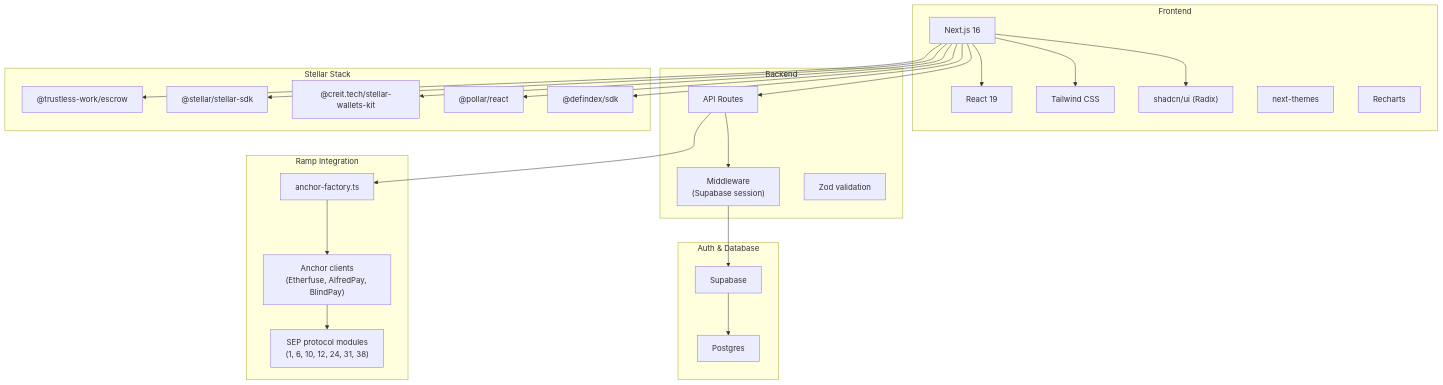
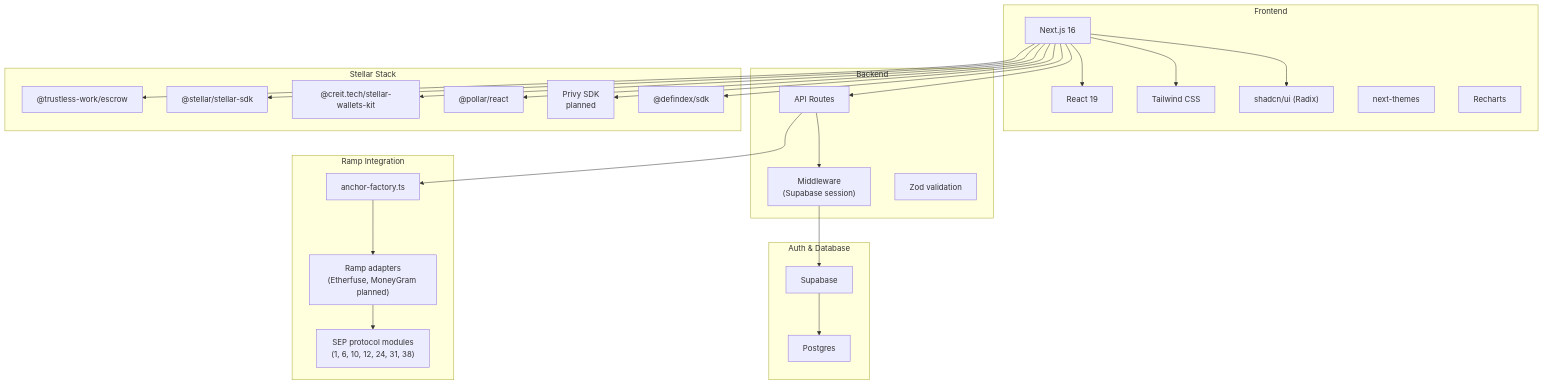
The fourth of 14 diagrams in doc/architecture.md (mercato-supply-chain/mercato-dapp), drawn with Mermaid before and after one commit. The commit also changed other lines of this file, not shown here.

Commit message:
Document planned MoneyGram ramps and Privy wallet support

````diff
--- a/doc/architecture.md
+++ b/doc/architecture.md
@@ -272,52 +270,54 @@
 ```mermaid
 flowchart TB
   subgraph Frontend["Frontend"]
     Next["Next.js 16"]
     React["React 19"]
     Tailwind["Tailwind CSS"]
     Shadcn["shadcn/ui (Radix)"]
     Themes["next-themes"]
     Recharts["Recharts"]
   end
 
   subgraph Backend["Backend"]
     NextAPI["API Routes"]
     Middleware["Middleware\n(Supabase session)"]
     Zod["Zod validation"]
   end
 
   subgraph AuthDB["Auth & Database"]
     Supabase["Supabase"]
     Postgres["Postgres"]
     Supabase --> Postgres
   end
 
   subgraph StellarStack["Stellar Stack"]
     TrustlessPkg["@trustless-work/escrow"]
     StellarSDK["@stellar/stellar-sdk"]
     WalletKit["@creit.tech/stellar-wallets-kit"]
     PollarSDK["@pollar/react"]
+    PrivySDK["Privy SDK\nplanned"]
     DeFindexSDK["@defindex/sdk"]
   end
 
   subgraph RampLib["Ramp Integration"]
     AnchorFactory["anchor-factory.ts"]
-    Anchors["Anchor clients\n(Etherfuse, AlfredPay, BlindPay)"]
+    Anchors["Ramp adapters\n(Etherfuse, MoneyGram planned)"]
     SEP["SEP protocol modules\n(1, 6, 10, 12, 24, 31, 38)"]
   end
 
   Next --> React
   Next --> Tailwind
   Next --> Shadcn
   Next --> NextAPI
   NextAPI --> Middleware
   Middleware --> Supabase
   NextAPI --> AnchorFactory
   AnchorFactory --> Anchors
   Anchors --> SEP
   Next --> TrustlessPkg
   Next --> StellarSDK
   Next --> WalletKit
   Next --> PollarSDK
+  Next --> PrivySDK
   Next --> DeFindexSDK
 ```
````
